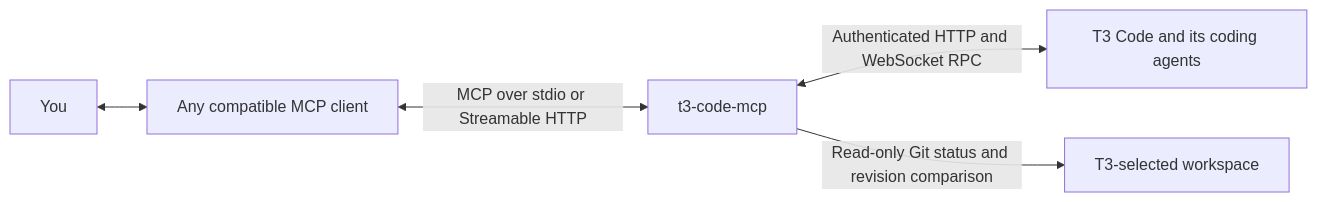
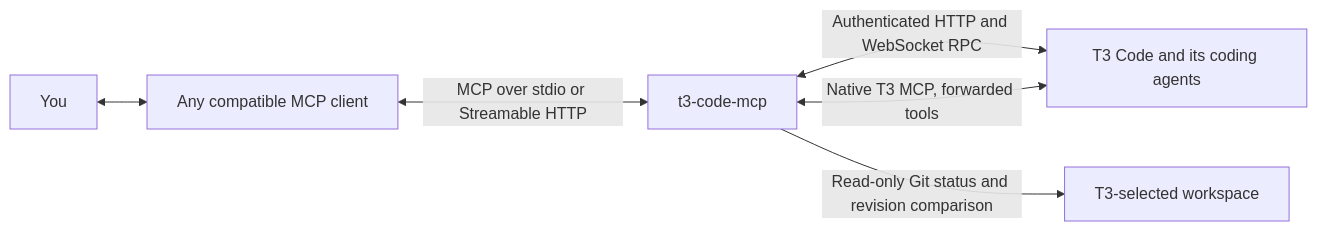
One commit to MaximilianMauroner/t3code-mcp changed the diagram in README.md. Above: the diagram before and after it, drawn with Mermaid. The commit also changed other lines of this file and 7 other files, not shown here.

First line of the commit message:
Document native T3 tools, login and renewal

````diff
--- a/README.md
+++ b/README.md
@@ -9,7 +9,8 @@
 ```mermaid
 flowchart LR
     User[You] <--> Client[Any compatible MCP client]
     Client <-->|MCP over stdio or Streamable HTTP| Gateway[t3-code-mcp]
     Gateway <-->|Authenticated HTTP and WebSocket RPC| T3[T3 Code and its coding agents]
+    Gateway <-->|Native T3 MCP, forwarded tools| T3
     Gateway -->|Read-only Git status and revision comparison| Workspace[T3-selected workspace]
 ```
````
